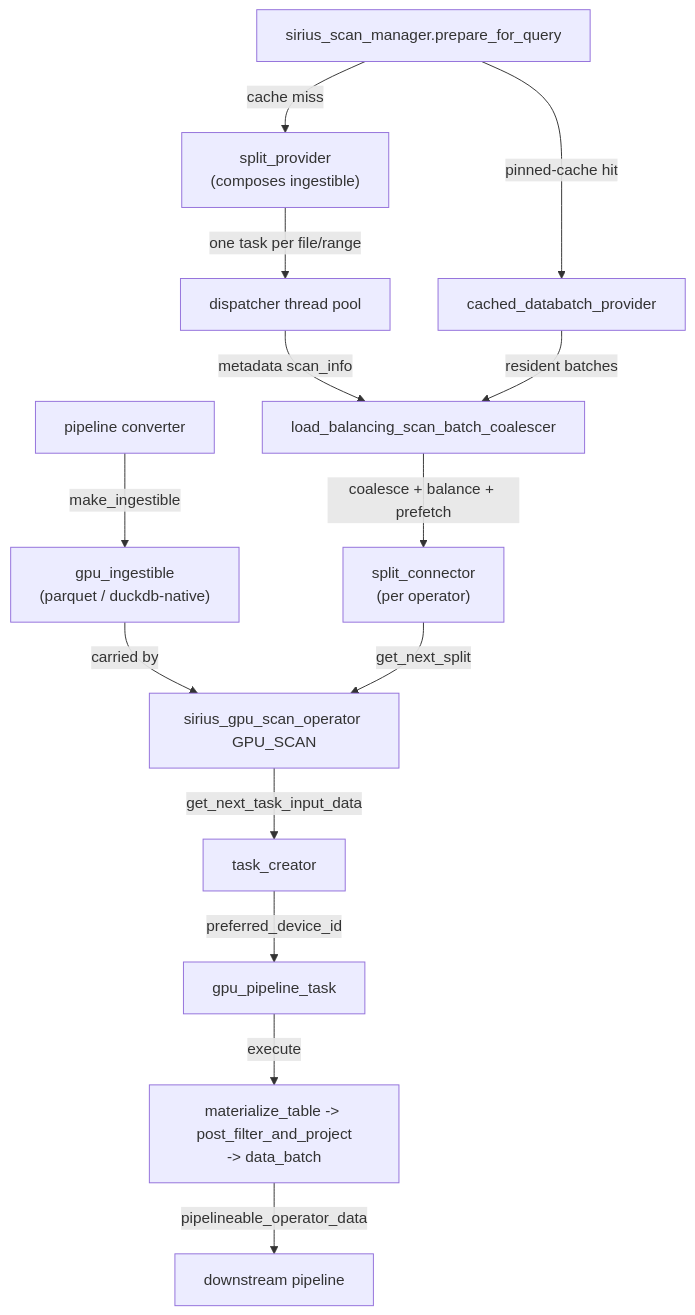
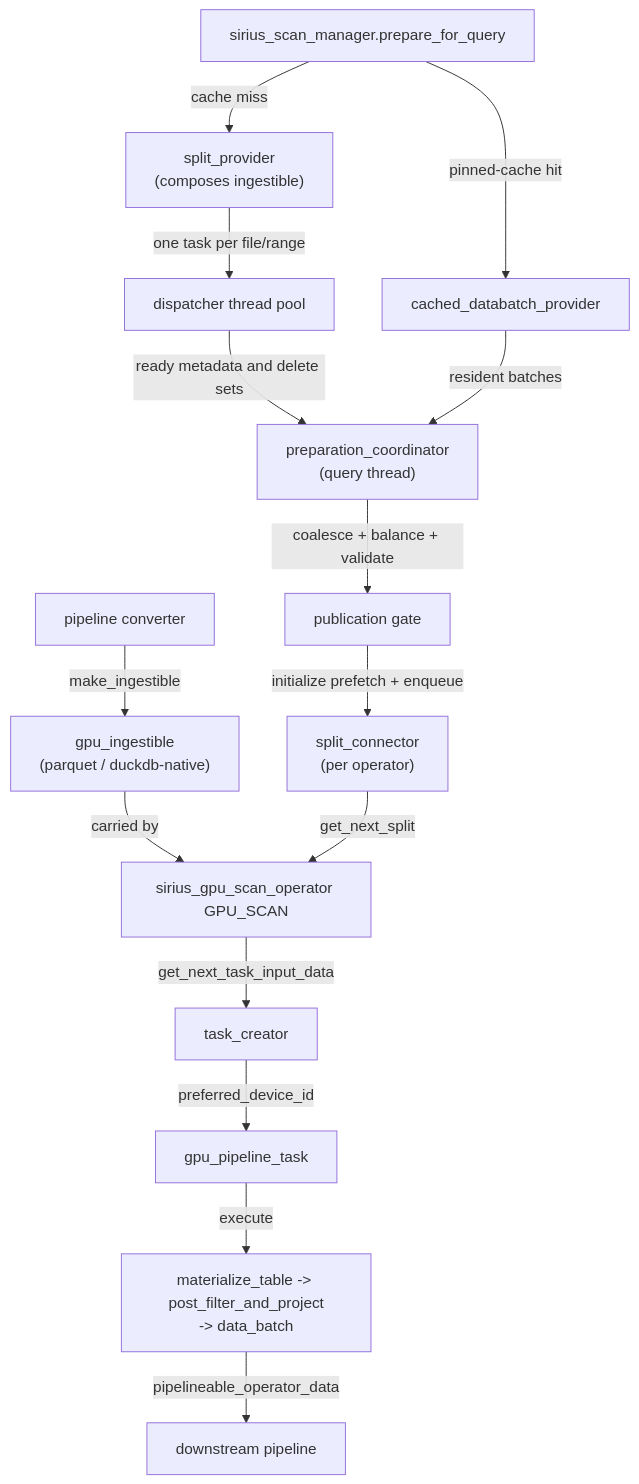
One commit to sirius-db/sirius changed the diagram in docs/super-sirius/scan.md. Above: the diagram before and after it, drawn with Mermaid. The commit also changed other lines of this file and 1 other file, not shown here.

First line of the commit message:
docs(scan): document bounded preparation and publication

````diff
--- a/docs/super-sirius/scan.md
+++ b/docs/super-sirius/scan.md
@@ -610,20 +613,20 @@
 ```mermaid
 graph TD
     CONV[pipeline converter] -->|make_ingestible| ING["gpu_ingestible<br/>(parquet / duckdb-native)"]
     ING -->|carried by| OP[sirius_gpu_scan_operator GPU_SCAN]
 
     SM[sirius_scan_manager.prepare_for_query] -->|cache miss| SP["split_provider<br/>(composes ingestible)"]
     SM -->|pinned-cache hit| DBP[cached_databatch_provider]
 
     SP -->|one task per file/range| DISP[dispatcher thread pool]
-    DISP -->|metadata scan_info| SEQ[load_balancing_scan_batch_coalescer]
-    DBP -->|resident batches| SEQ
-
-    SEQ -->|coalesce + balance + prefetch| SC["split_connector<br/>(per operator)"]
+    DISP -->|ready metadata and delete sets| PREP["preparation_coordinator<br/>(query thread)"]
+    DBP -->|resident batches| PREP
+    PREP -->|coalesce + balance + validate| PUB[publication gate]
+    PUB -->|initialize prefetch + enqueue| SC["split_connector<br/>(per operator)"]
     SC -->|get_next_split| OP
 
     OP -->|get_next_task_input_data| TC[task_creator]
     TC -->|preferred_device_id| GPT[gpu_pipeline_task]
     GPT -->|execute| EX["materialize_table -> post_filter_and_project<br/>-> data_batch"]
     EX -->|pipelineable_operator_data| NEXT[downstream pipeline]
 ```
````
